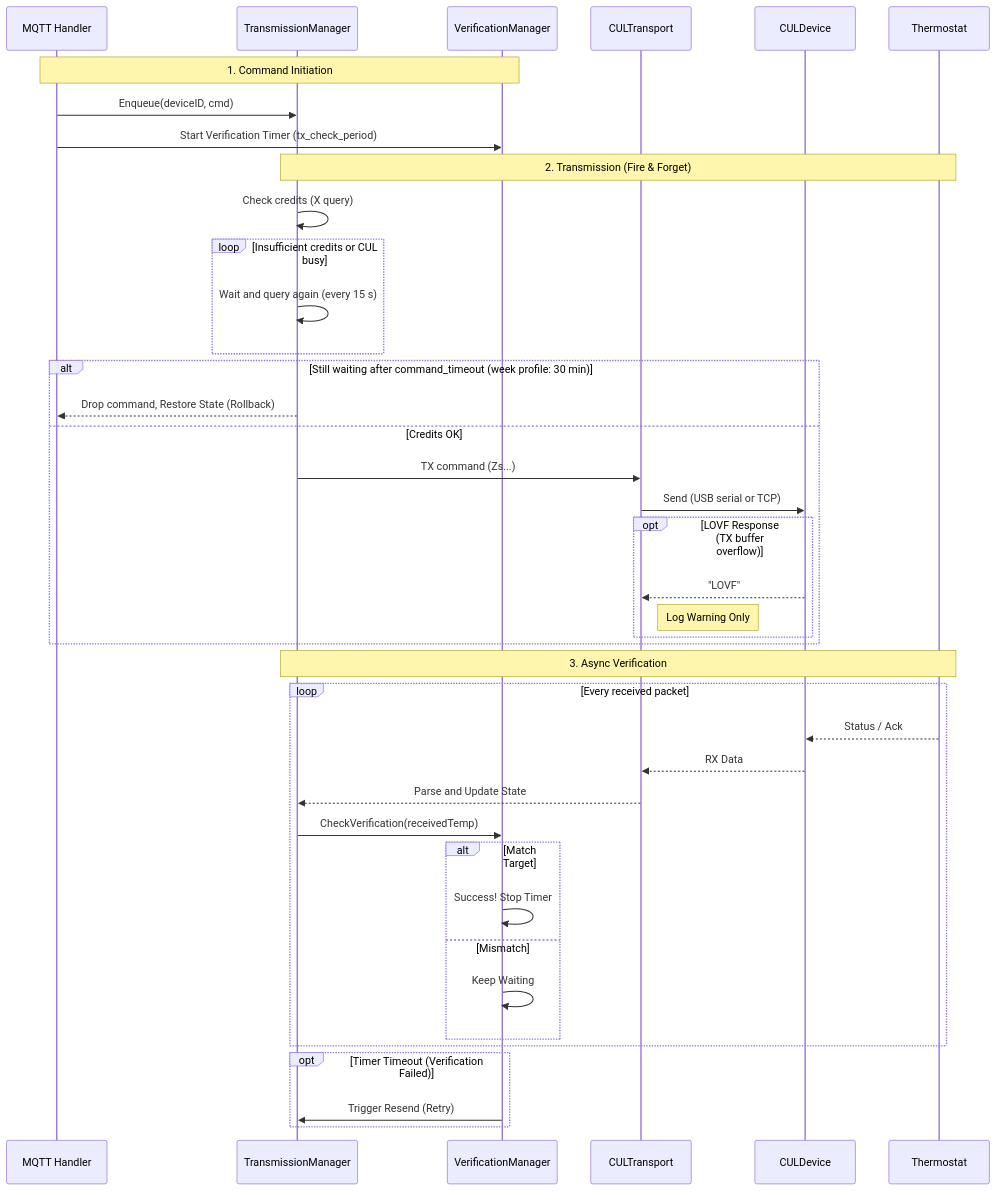
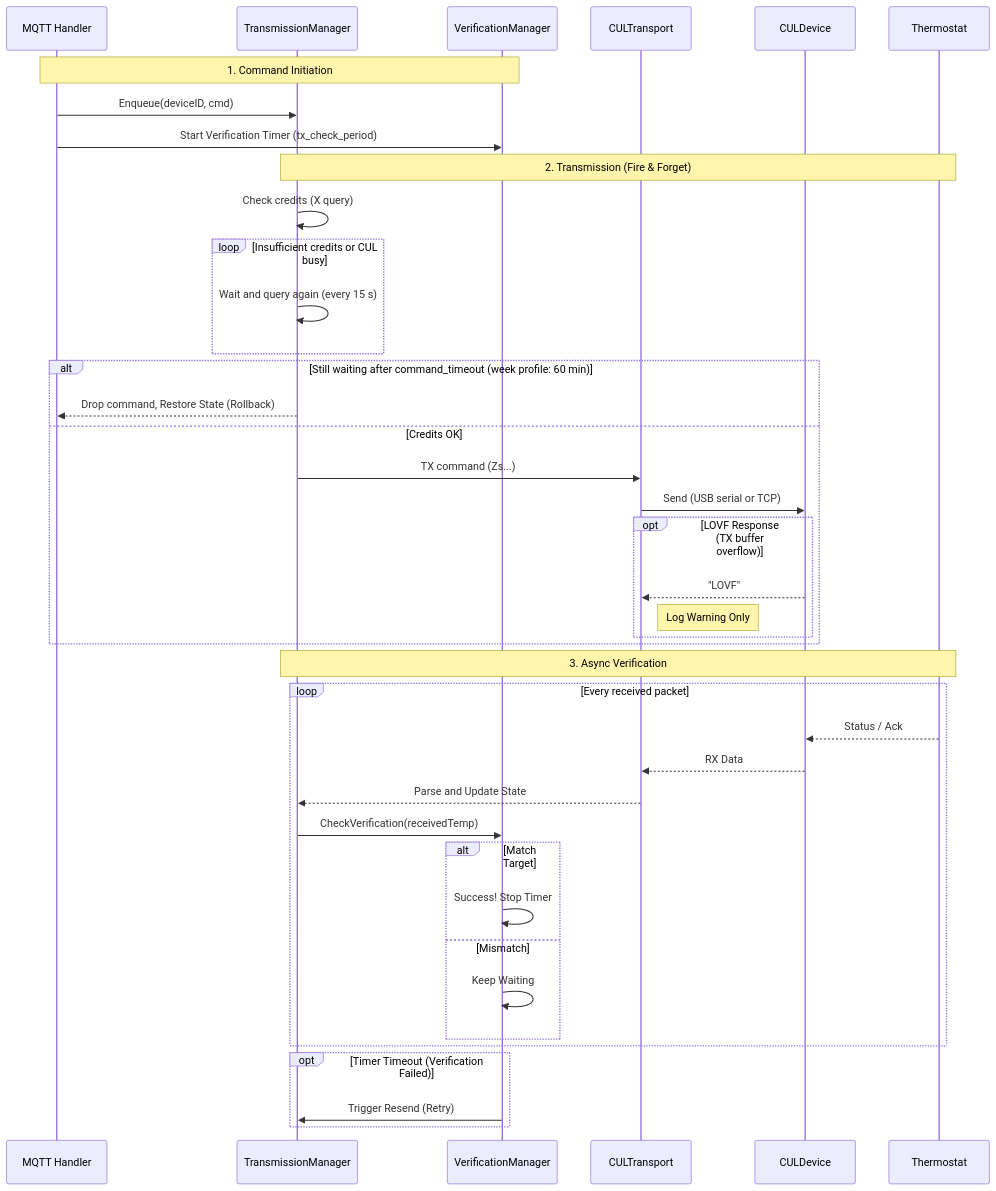
Before and after one commit to dktzde/max2mqtt: the diagram in max2mqtt/DOCS.md, drawn with Mermaid. The commit also changed other lines of this file and 3 other files, not shown here.

Commit message:
Let week profile messages wait up to 60 minutes for duty cycle credits

````diff
--- a/max2mqtt/DOCS.md
+++ b/max2mqtt/DOCS.md
@@ -63,49 +63,49 @@
 ```mermaid
 sequenceDiagram
     participant MQTT as MQTT Handler
     participant TM as TransmissionManager
     participant VM as VerificationManager
     participant Transport as CULTransport
     participant CUL as CULDevice
     participant Thermo as Thermostat
 
     Note over MQTT, VM: 1. Command Initiation
     MQTT->>TM: Enqueue(deviceID, cmd)
     MQTT->>VM: Start Verification Timer (tx_check_period)
 
     Note over TM, Thermo: 2. Transmission (Fire & Forget)
     TM->>TM: Check credits (X query)
     loop Insufficient credits or CUL busy
         TM->>TM: Wait and query again (every 15 s)
     end
-    alt Still waiting after command_timeout (week profile: 30 min)
+    alt Still waiting after command_timeout (week profile: 60 min)
         TM-->>MQTT: Drop command, Restore State (Rollback)
     else Credits OK
         TM->>Transport: TX command (Zs...)
         Transport->>CUL: Send (USB serial or TCP)
         
         opt LOVF Response (TX buffer overflow)
             CUL-->>Transport: "LOVF"
             Note right of Transport: Log Warning Only
         end
 
     end
 
     Note over TM, Thermo: 3. Async Verification
     loop Every received packet
         Thermo-->>CUL: Status / Ack
         CUL-->>Transport: RX Data
         Transport-->>TM: Parse and Update State
         TM->>VM: CheckVerification(receivedTemp)
         
         alt Match Target
             VM->>VM: Success! Stop Timer
         else Mismatch
             VM->>VM: Keep Waiting
         end
     end
 
     opt Timer Timeout (Verification Failed)
         VM->>TM: Trigger Resend (Retry)
     end
 ```
````
